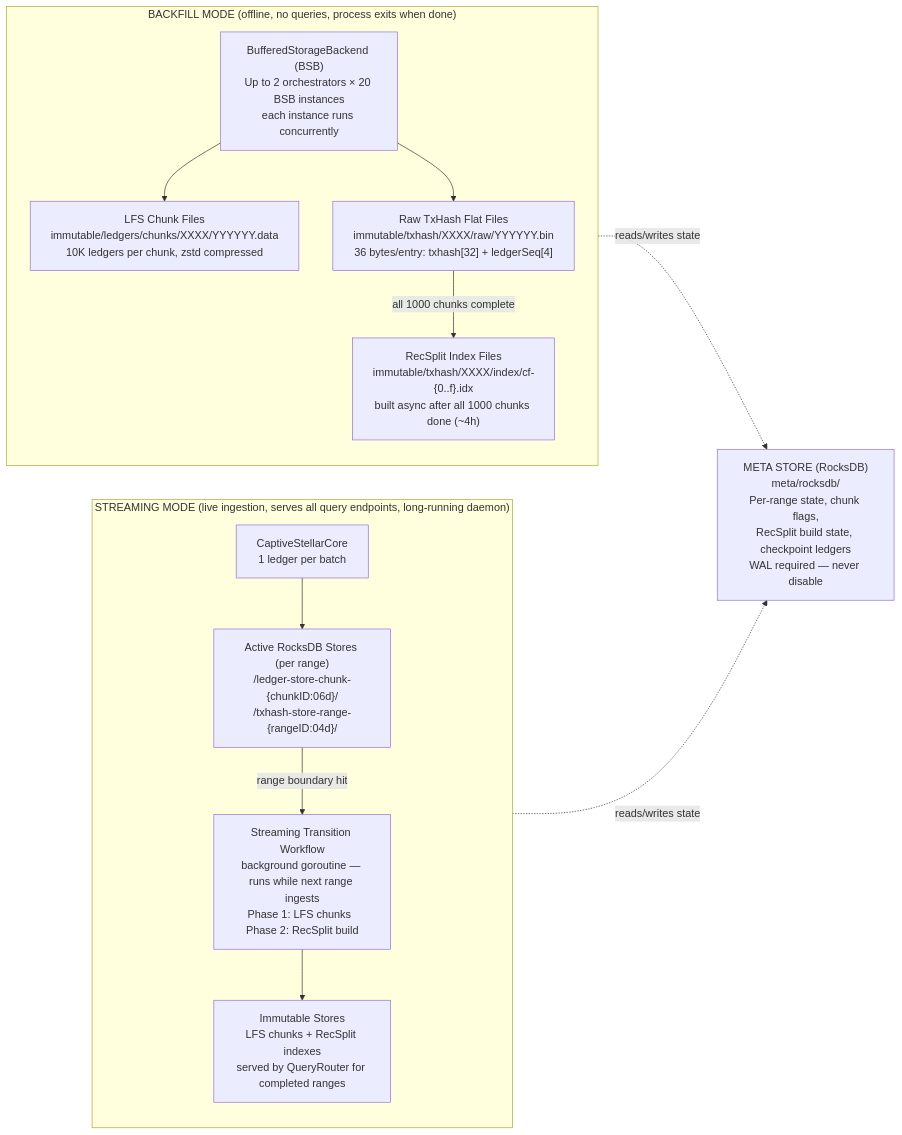
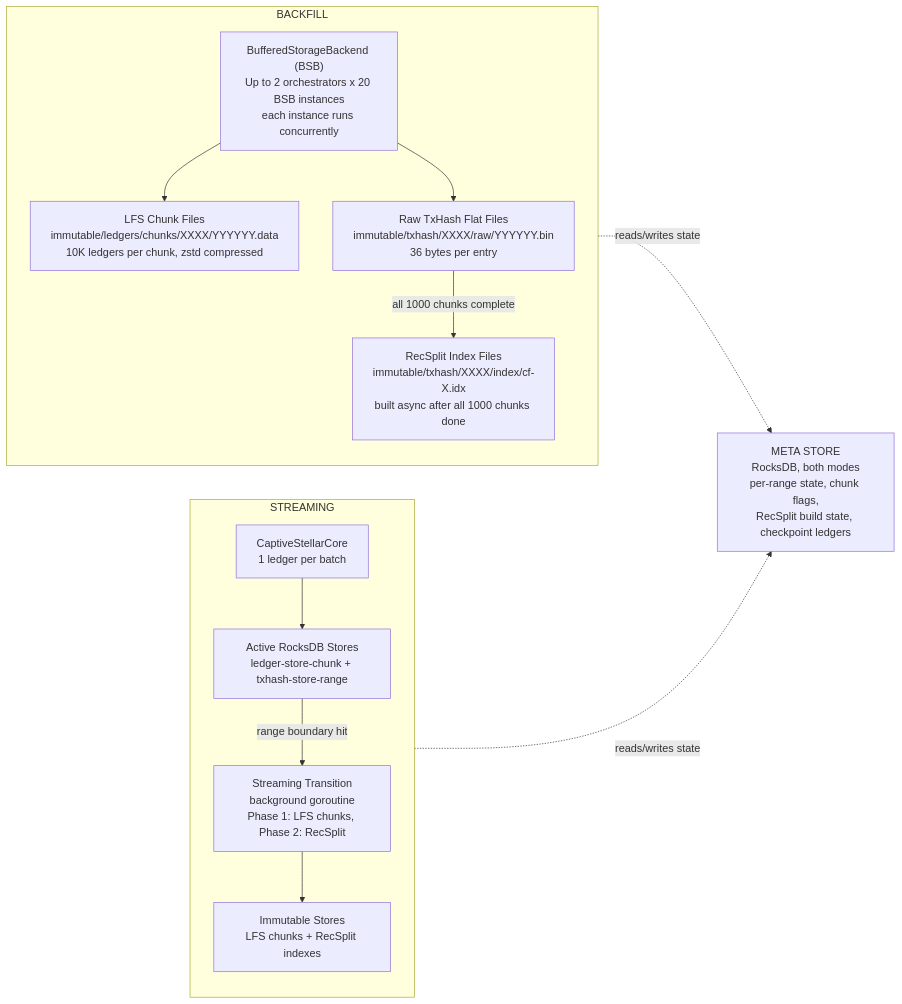
One commit to karthikiyer56/stellar-full-history-ingestion changed the first of 2 diagrams in design-docs-v2/README.md. Above: the diagram before and after it, drawn with Mermaid. The commit also changed 4 other files, not shown here.

Commit message:
fix: remove quoted labels and direction from mermaid subgraphs for GitHub rendering

````diff
--- a/design-docs-v2/README.md
+++ b/design-docs-v2/README.md
@@ -24,29 +24,27 @@
 ```mermaid
 flowchart LR
-    subgraph BACKFILL["BACKFILL MODE (offline, no queries, process exits when done)"]
-        direction TB
-        BSB["BufferedStorageBackend (BSB)<br/>Up to 2 orchestrators × 20 BSB instances<br/>each instance runs concurrently"]
+    subgraph BACKFILL
+        BSB["BufferedStorageBackend (BSB)<br/>Up to 2 orchestrators x 20 BSB instances<br/>each instance runs concurrently"]
         LFS_B["LFS Chunk Files<br/>immutable/ledgers/chunks/XXXX/YYYYYY.data<br/>10K ledgers per chunk, zstd compressed"]
-        TXRAW["Raw TxHash Flat Files<br/>immutable/txhash/XXXX/raw/YYYYYY.bin<br/>36 bytes/entry: txhash[32] + ledgerSeq[4]"]
-        RECSPLIT_B["RecSplit Index Files<br/>immutable/txhash/XXXX/index/cf-{0..f}.idx<br/>built async after all 1000 chunks done (~4h)"]
+        TXRAW["Raw TxHash Flat Files<br/>immutable/txhash/XXXX/raw/YYYYYY.bin<br/>36 bytes per entry"]
+        RECSPLIT_B["RecSplit Index Files<br/>immutable/txhash/XXXX/index/cf-X.idx<br/>built async after all 1000 chunks done"]
         BSB --> LFS_B
         BSB --> TXRAW
-        TXRAW -->|"all 1000 chunks complete"| RECSPLIT_B
+        TXRAW -->|all 1000 chunks complete| RECSPLIT_B
     end
 
-    subgraph STREAMING["STREAMING MODE (live ingestion, serves all query endpoints, long-running daemon)"]
-        direction TB
+    subgraph STREAMING
         CORE["CaptiveStellarCore<br/>1 ledger per batch"]
-        ACTIVE["Active RocksDB Stores (per range)<br/><active_stores_base_dir>/ledger-store-chunk-{chunkID:06d}/<br/><active_stores_base_dir>/txhash-store-range-{rangeID:04d}/"]
-        TRANS["Streaming Transition Workflow<br/>background goroutine — runs while next range ingests<br/>Phase 1: LFS chunks  Phase 2: RecSplit build"]
-        IMM["Immutable Stores<br/>LFS chunks + RecSplit indexes<br/>served by QueryRouter for completed ranges"]
+        ACTIVE["Active RocksDB Stores<br/>ledger-store-chunk + txhash-store-range"]
+        TRANS["Streaming Transition<br/>background goroutine<br/>Phase 1: LFS chunks, Phase 2: RecSplit"]
+        IMM["Immutable Stores<br/>LFS chunks + RecSplit indexes"]
         CORE --> ACTIVE
-        ACTIVE -->|"range boundary hit"| TRANS
+        ACTIVE -->|range boundary hit| TRANS
         TRANS --> IMM
     end
 
-    META["META STORE (RocksDB)<br/>meta/rocksdb/<br/>Per-range state, chunk flags,<br/>RecSplit build state, checkpoint ledgers<br/>WAL required — never disable"]
+    META["META STORE<br/>RocksDB, both modes<br/>per-range state, chunk flags,<br/>RecSplit build state, checkpoint ledgers"]
 
-    BACKFILL -.->|"reads/writes state"| META
-    STREAMING -.->|"reads/writes state"| META
+    BACKFILL -.->|reads/writes state| META
+    STREAMING -.->|reads/writes state| META
 ```
````
